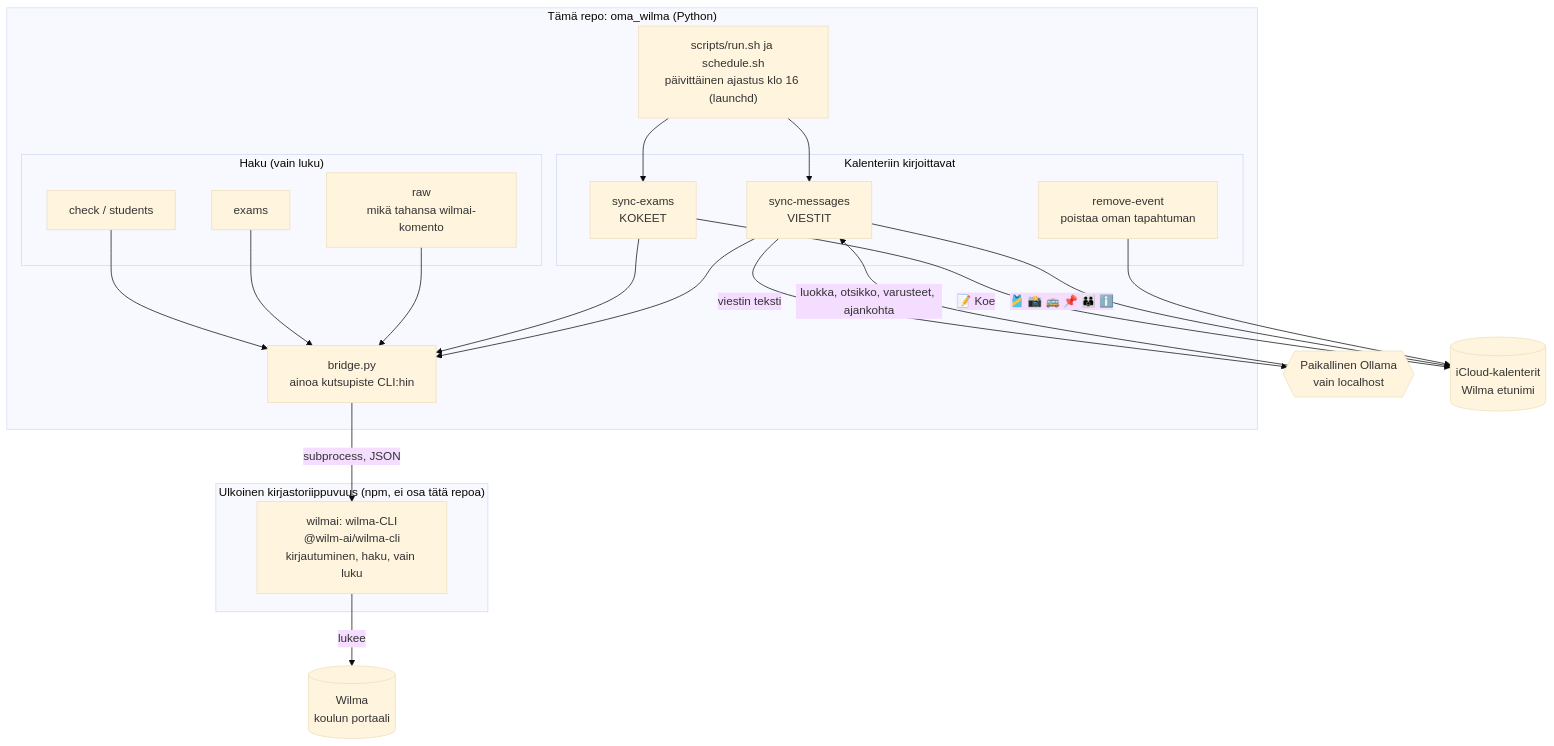
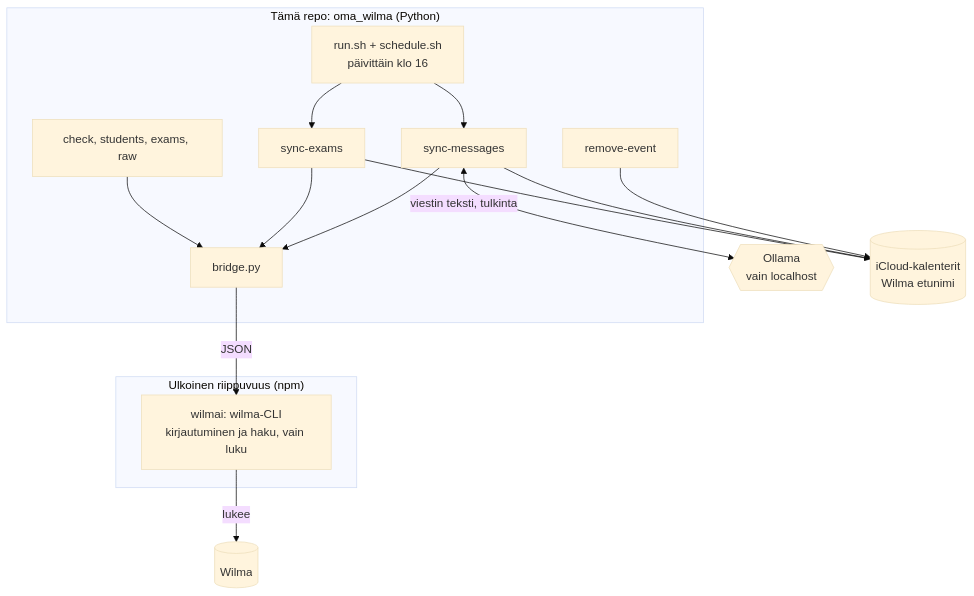
Before and after one commit to Gerlitek/wilmaton-wilma: the first of 2 diagrams in README.md, drawn with Mermaid (base theme). The commit also changed other lines of this file, not shown here.

````diff
--- a/README.md
+++ b/README.md
@@ -21,41 +12,29 @@
 ```mermaid
 flowchart TB
-    WILMA[("Wilma<br/>koulun portaali")]
-
-    subgraph EXT["Ulkoinen kirjastoriippuvuus (npm, ei osa tätä repoa)"]
-        CLI["wilmai: wilma-CLI<br/>@wilm-ai/wilma-cli<br/>kirjautuminen, haku, vain luku"]
+    WILMA[("Wilma")]
+    subgraph EXT["Ulkoinen riippuvuus (npm)"]
+        CLI["wilmai: wilma-CLI<br/>kirjautuminen ja haku, vain luku"]
     end
-
     subgraph REPO["Tämä repo: oma_wilma (Python)"]
-        BRIDGE["bridge.py<br/>ainoa kutsupiste CLI:hin"]
-        subgraph READ["Haku (vain luku)"]
-            CHECK["check / students"]
-            EXAMS["exams"]
-            RAW["raw<br/>mikä tahansa wilmai-komento"]
-        end
-        subgraph WRITE["Kalenteriin kirjoittavat"]
-            SE["sync-exams<br/>KOKEET"]
-            SM["sync-messages<br/>VIESTIT"]
-            RM["remove-event<br/>poistaa oman tapahtuman"]
-        end
-        SCHED["scripts/run.sh ja schedule.sh<br/>päivittäinen ajastus klo 16 (launchd)"]
+        BRIDGE["bridge.py"]
+        READ["check, students, exams, raw"]
+        SE["sync-exams"]
+        SM["sync-messages"]
+        RM["remove-event"]
+        RUN["run.sh + schedule.sh<br/>päivittäin klo 16"]
     end
-
-    OLLAMA{{"Paikallinen Ollama<br/>vain localhost"}}
+    OLLAMA{{"Ollama<br/>vain localhost"}}
     CAL[("iCloud-kalenterit<br/>Wilma etunimi")]
 
     CLI -->|lukee| WILMA
-    BRIDGE -->|subprocess, JSON| CLI
-    CHECK --> BRIDGE
-    EXAMS --> BRIDGE
-    RAW --> BRIDGE
+    BRIDGE -->|JSON| CLI
+    READ --> BRIDGE
     SE --> BRIDGE
     SM --> BRIDGE
-    SM -->|viestin teksti| OLLAMA
-    OLLAMA -->|luokka, otsikko, varusteet, ajankohta| SM
-    SE -->|"📝 Koe"| CAL
-    SM -->|"🎽 📸 🚌 📌 👪 ℹ️"| CAL
+    SM <-->|viestin teksti, tulkinta| OLLAMA
+    SE --> CAL
+    SM --> CAL
     RM --> CAL
-    SCHED --> SE
-    SCHED --> SM
+    RUN --> SE
+    RUN --> SM
 ```
````
